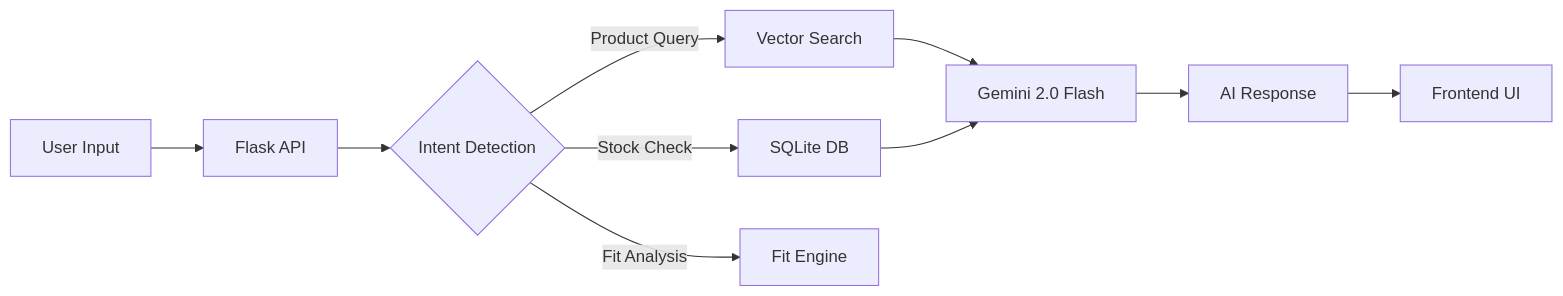
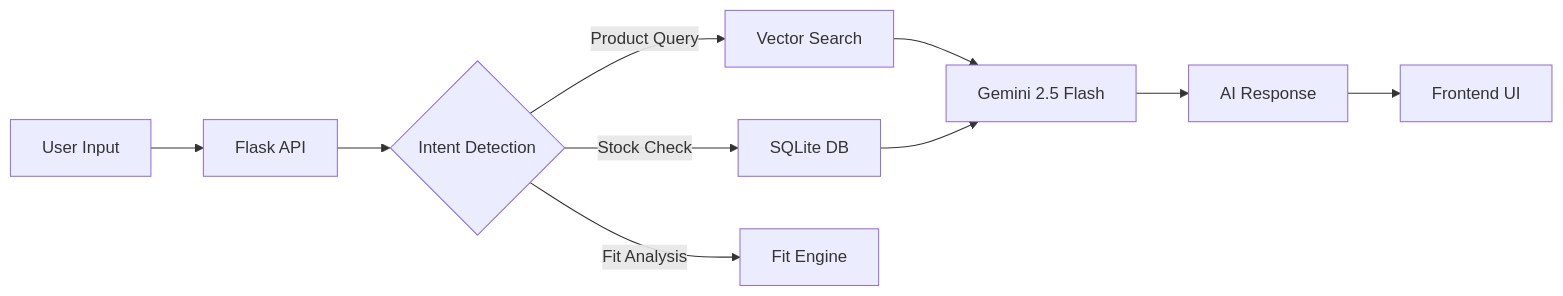
The diagram in README.md (srujan1-creator/Smart-Retail-concierge-AI), drawn with Mermaid before and after one commit. The commit also changed other lines of this file and 1 other file, not shown here.

Commit message:
Update model to Gemini 2.5 Flash across codebase and docs

````diff
--- a/README.md
+++ b/README.md
@@ -142,12 +142,12 @@
 ```mermaid
 graph LR
     A[User Input] --> B[Flask API]
     B --> C{Intent Detection}
     C -->|Product Query| D[Vector Search]
     C -->|Stock Check| E[SQLite DB]
     C -->|Fit Analysis| F[Fit Engine]
-    D --> G[Gemini 2.0 Flash]
+    D --> G[Gemini 2.5 Flash]
     E --> G
     G --> H[AI Response]
     H --> I[Frontend UI]
 ```
````
